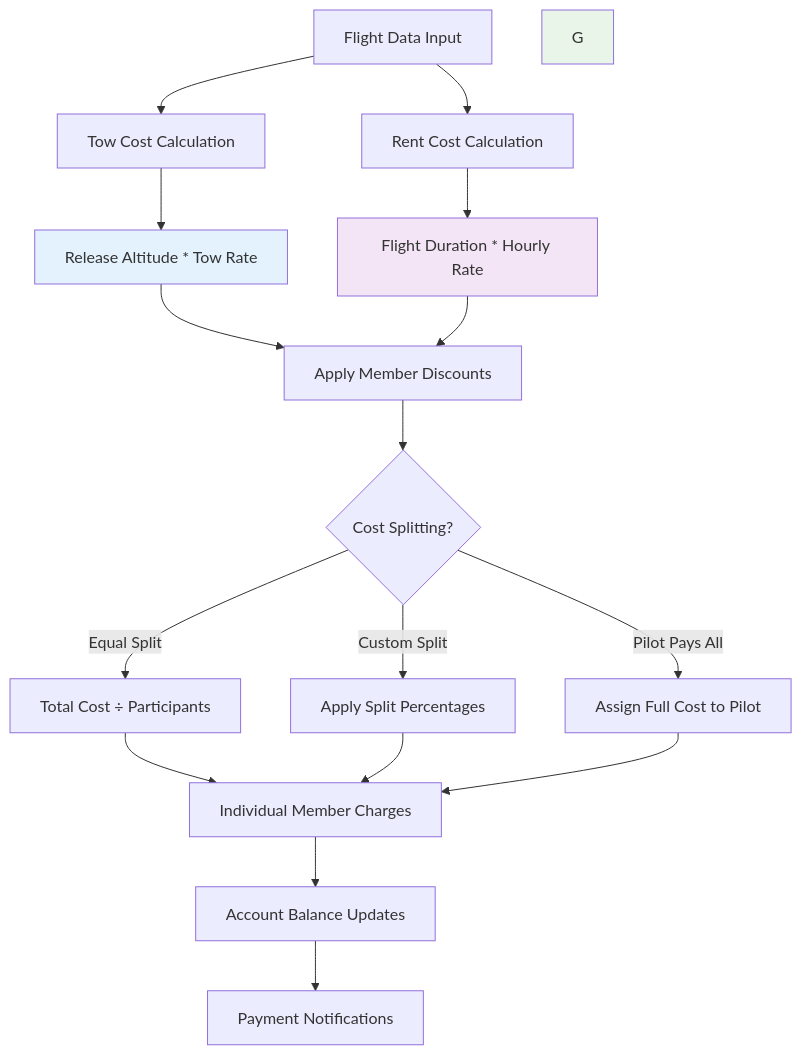
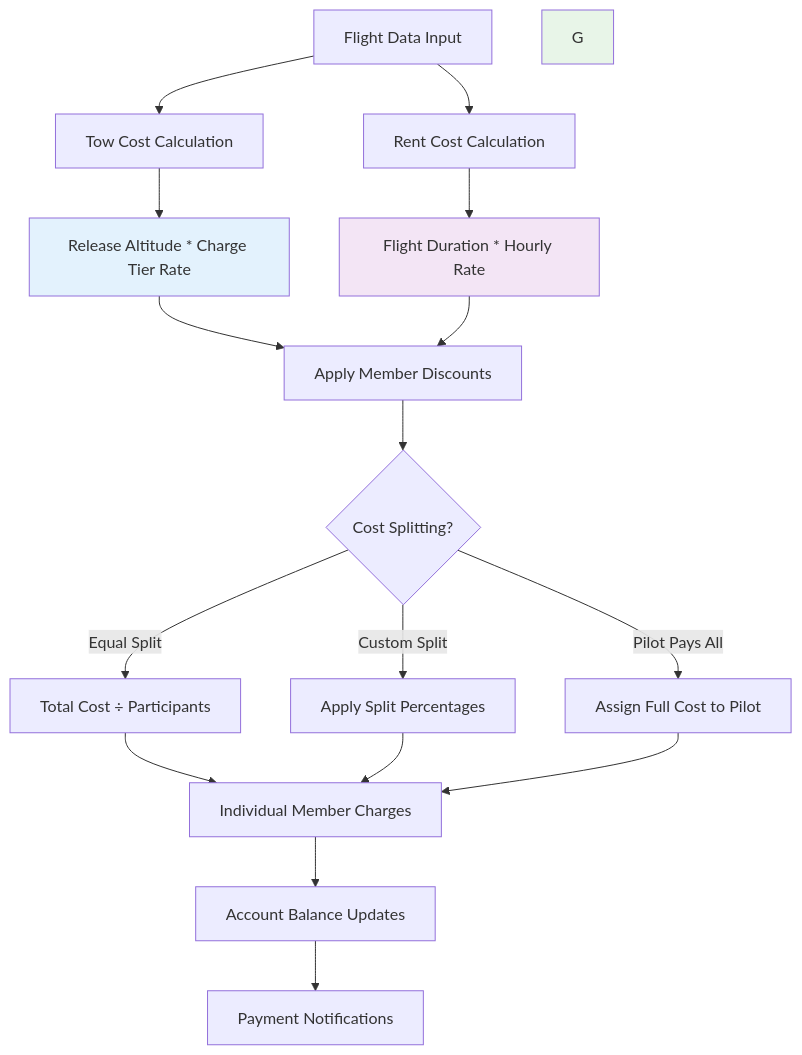
One commit to pietbarber/Manage2Soar changed the third of 11 diagrams in docs/workflows/07-payment-workflow.md. Above: the diagram before and after it, drawn with Mermaid. The commit also changed other lines of this file and 14 other files, not shown here.

Commit message:
Deprecate and retire tow rate table Fixes #283

````diff
--- a/docs/workflows/07-payment-workflow.md
+++ b/docs/workflows/07-payment-workflow.md
@@ -111,27 +112,27 @@
 ```mermaid
 flowchart TD
     A[Flight Data Input] --> B[Tow Cost Calculation]
     A --> C[Rent Cost Calculation]
 
-    B --> E[Release Altitude * Tow Rate]
+    B --> E[Release Altitude * Charge Tier Rate]
     C --> F[Flight Duration * Hourly Rate]
 
     E --> H[Apply Member Discounts]
     F --> H
 
     H --> I{Cost Splitting?}
     I -->|Equal Split| J[Total Cost ÷ Participants]
     I -->|Custom Split| K[Apply Split Percentages]
     I -->|Pilot Pays All| L[Assign Full Cost to Pilot]
 
     J --> M[Individual Member Charges]
     K --> M
     L --> M
 
     M --> N[Account Balance Updates]
     N --> O[Payment Notifications]
 
     style E fill:#e3f2fd
     style F fill:#f3e5f5
     style G fill:#e8f5e8
 ```
````
